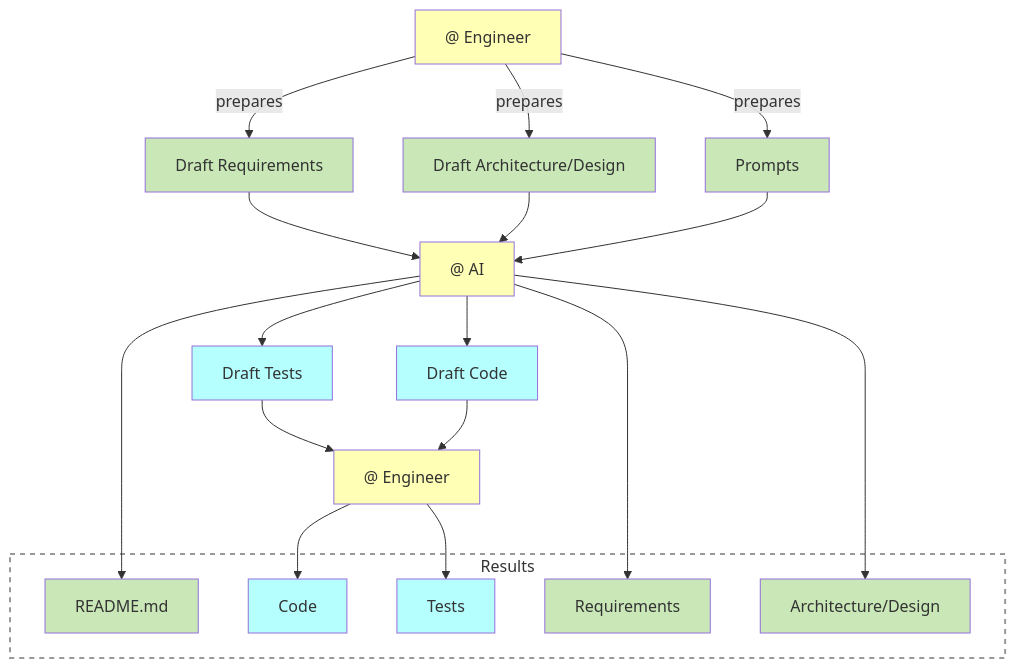
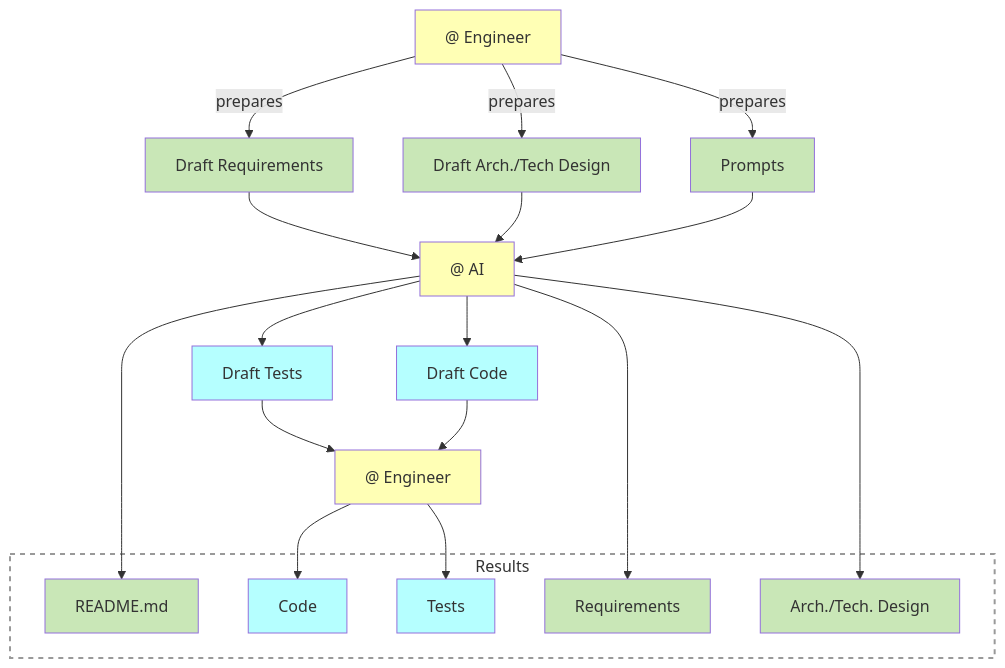
Before and after one commit to voedger/voedger-kb: the second of 2 diagrams in se.md, drawn with Mermaid. The commit also changed other lines of this file, not shown here.

Commit message:
Update terminology for architecture sections in se.md for consistency

````diff
--- a/se.md
+++ b/se.md
@@ -246,51 +246,51 @@
 ```mermaid
 graph TD
 
   %% Entities =================================
   Engineer["@ Engineer"]:::B
   Engineer2["@ Engineer"]:::B
   AI["@ AI"]:::B
 
   DraftRequirements["Draft Requirements"]:::H
-  DraftArchitecture["Draft Architecture/Design"]:::H
+  DraftArchitecture["Draft Arch./Tech Design"]:::H
   Prompts["Prompts"]:::H
   
 
   DCode["Draft Code"]:::S
   DTests["Draft Tests"]:::S
 
   Results:::G
   subgraph "Results"
     README["README.md"]:::H
     Code["Code"]:::S
     Tests["Tests"]:::S
     Requirements["Requirements"]:::H
-    Architecture["Architecture/Design"]:::H
+    Architecture["Arch./Tech. Design"]:::H
   end
 
 
   %% Relations =================================
   Engineer --> |prepares| DraftRequirements
   Engineer --> |prepares| DraftArchitecture
   
   DraftRequirements --> AI
   DraftArchitecture --> AI
   AI --> DCode
   AI --> DTests
   AI --> README
   AI --> Requirements
   AI --> Architecture
   Prompts --> AI
   Engineer --> |prepares| Prompts
 
   DTests --> Engineer2
   DCode --> Engineer2
   Engineer2 --> Code
   Engineer2 --> Tests
 
 
   classDef B fill:#FFFFB5,color:#333
   classDef S fill:#B5FFFF,color:#333
   classDef H fill:#C9E7B7,color:#333
   classDef G fill:#ffffff15, stroke:#999, stroke-width:2px, stroke-dasharray: 5 5
 ```
````
